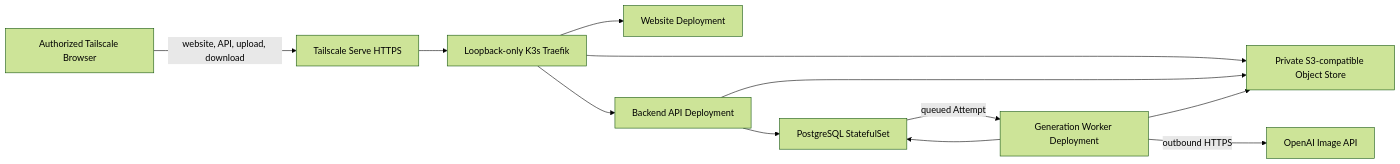
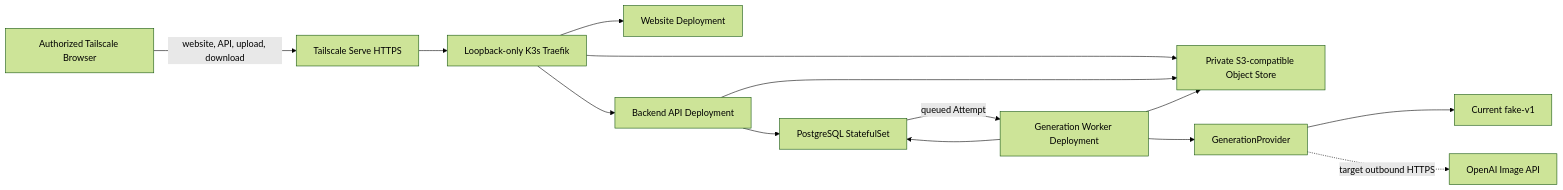
One commit to tongking6/ai-artist changed the diagram in docs/ai-artist/lld/milestone-1-lld-05-runtime-security-ops.md. Above: the diagram before and after it, drawn with Mermaid (forest theme). The commit also changed other lines of this file and 19 other files, not shown here.

````diff
--- a/docs/ai-artist/lld/milestone-1-lld-05-runtime-security-ops.md
+++ b/docs/ai-artist/lld/milestone-1-lld-05-runtime-security-ops.md
@@ -50,14 +50,16 @@
 ```mermaid
 flowchart LR
   U["Authorized Tailscale Browser"] -->|website, API, upload, download| TS["Tailscale Serve HTTPS"]
   TS --> I["Loopback-only K3s Traefik"]
   I --> WB["Website Deployment"]
   I --> API["Backend API Deployment"]
   I --> OS["Private S3-compatible Object Store"]
   API --> DB["PostgreSQL StatefulSet"]
   API --> OS
   DB -->|queued Attempt| GW["Generation Worker Deployment"]
   GW --> OS
   GW --> DB
-  GW -->|outbound HTTPS| P["OpenAI Image API"]
+  GW --> PB["GenerationProvider"]
+  PB --> FP["Current fake-v1"]
+  PB -. target outbound HTTPS .-> P["OpenAI Image API"]
 ```
````
